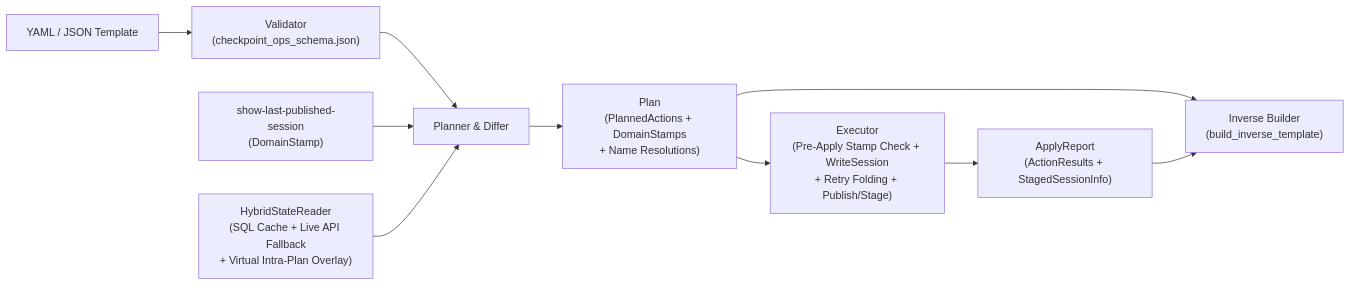
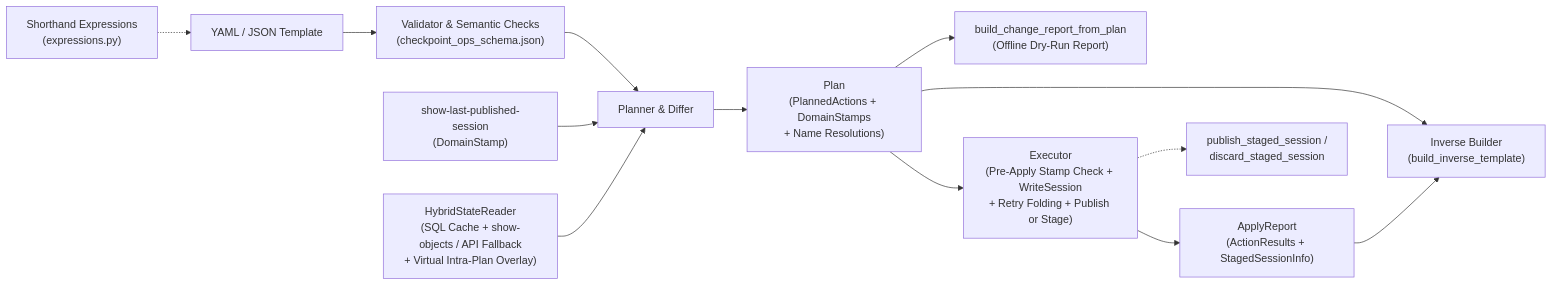
Before and after one commit to chkp-antonr/arodonata: the diagram in docs/architecture/cpcrud.md, drawn with Mermaid. The commit also changed other lines of this file and 114 other files, not shown here.

First line of the commit message:
fix(core,cpcrud,mcp,reports,specs): adopt traceable OpenSpec schema, resolve Phase 1b audit findings, and achieve 100% spec coverage (#94)

````diff
--- a/docs/architecture/cpcrud.md
+++ b/docs/architecture/cpcrud.md
@@ -7,11 +7,14 @@
 ```mermaid
 flowchart LR
-    Tpl["YAML / JSON Template"] --> Val["Validator\n(checkpoint_ops_schema.json)"]
+    Expr["Shorthand Expressions\n(expressions.py)"] -.-> Tpl["YAML / JSON Template"]
+    Tpl --> Val["Validator & Semantic Checks\n(checkpoint_ops_schema.json)"]
     Val --> Plan["Planner & Differ"]
     Stamp["show-last-published-session\n(DomainStamp)"] --> Plan
-    Reader["HybridStateReader\n(SQL Cache + Live API Fallback\n+ Virtual Intra-Plan Overlay)"] --> Plan
+    Reader["HybridStateReader\n(SQL Cache + show-objects / API Fallback\n+ Virtual Intra-Plan Overlay)"] --> Plan
     Plan --> SignedPlan["Plan\n(PlannedActions + DomainStamps\n+ Name Resolutions)"]
-    SignedPlan --> Exec["Executor\n(Pre-Apply Stamp Check + WriteSession\n+ Retry Folding + Publish/Stage)"]
+    SignedPlan --> DryReport["build_change_report_from_plan\n(Offline Dry-Run Report)"]
+    SignedPlan --> Exec["Executor\n(Pre-Apply Stamp Check + WriteSession\n+ Retry Folding + Publish or Stage)"]
     Exec --> Report["ApplyReport\n(ActionResults + StagedSessionInfo)"]
+    Exec -.-> Staged["publish_staged_session /\ndiscard_staged_session"]
     SignedPlan & Report --> Inv["Inverse Builder\n(build_inverse_template)"]
 ```
````
